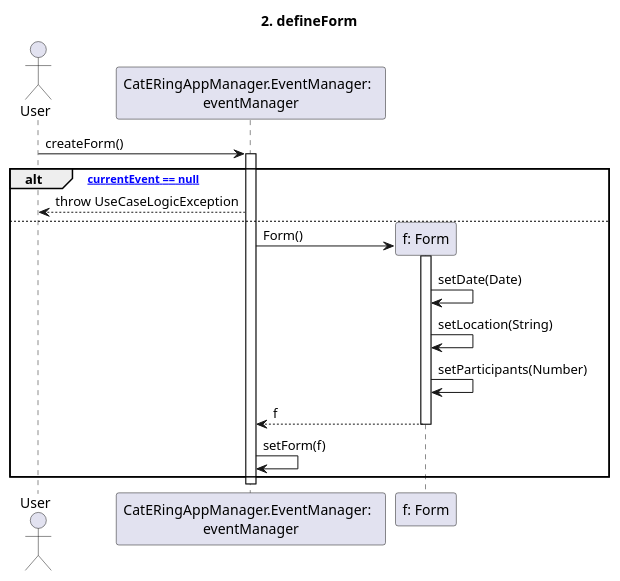
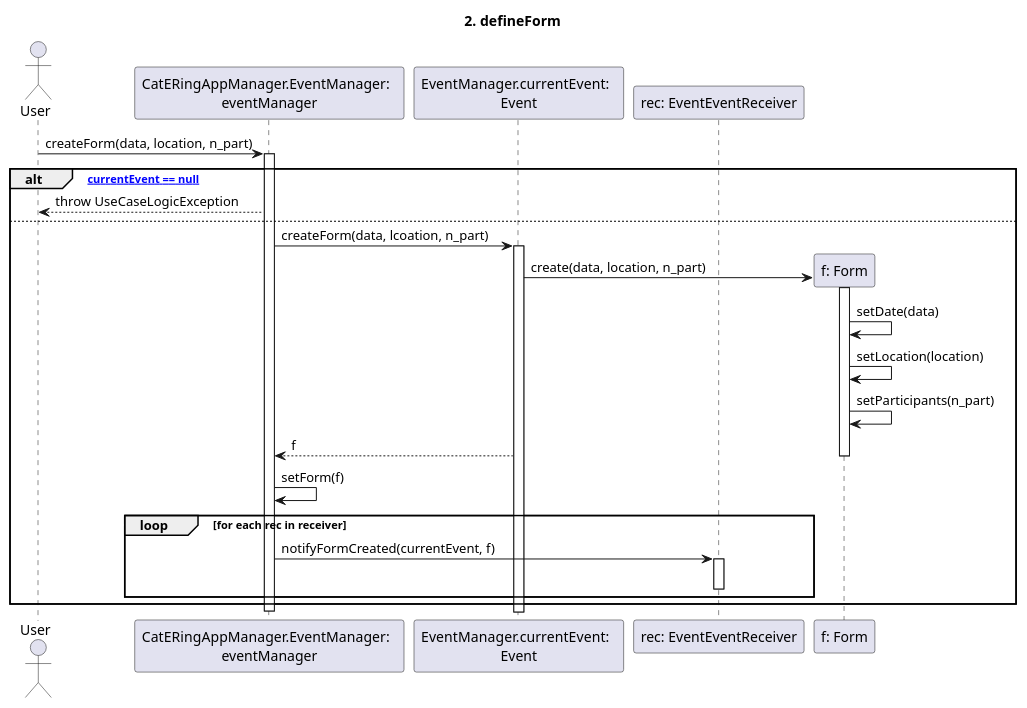
One commit to m0canu1/sas changed the diagram in dsd/dsd-eventi/scenarioPrincipale/2-defineForm.md. Above: the diagram before and after it, drawn with PlantUML. The commit also changed 3 other files, not shown here.

````diff
--- a/dsd/dsd-eventi/scenarioPrincipale/2-defineForm.md
+++ b/dsd/dsd-eventi/scenarioPrincipale/2-defineForm.md
@@ -1,36 +1,45 @@
 ```plantuml
 
 title: 2. defineForm
 
 Actor User
 Participant "CatERingAppManager.EventManager:  \neventManager" as EM
 
-User -> EM: createForm()
+Participant "EventManager.currentEvent:  \nEvent" as CE
+Participant "rec: EventEventReceiver" as EER
+
+User -> EM: createForm(data, location, n_part)
 Activate EM
 alt ["currentEvent == null"]
     EM --> User: throw UseCaseLogicException
 else
+    EM -> CE: createForm(data, lcoation, n_part)
+    Activate CE
     create "f: Form"
-    EM -> "f: Form": Form()
+    CE -> "f: Form": create(data, location, n_part)
     Activate "f: Form"
 
-    "f: Form" -> "f: Form": setDate(Date)
-    "f: Form" -> "f: Form": setLocation(String)
-    "f: Form" -> "f: Form": setParticipants(Number)
-
-    "f: Form" --> EM: f
+    "f: Form" -> "f: Form": setDate(data)
+    "f: Form" -> "f: Form": setLocation(location)
+    "f: Form" -> "f: Form": setParticipants(n_part)
+    CE --> EM: f
     Deactivate "f: Form"
     EM -> EM: setForm(f)
+    loop for each rec in receiver
+        EM -> EER: notifyFormCreated(currentEvent, f)
+        activate EER
+        deactivate EER
+    end
 end
 Deactivate EM
 
 
 
 
 
 
 
 
 
 
 ```
````
